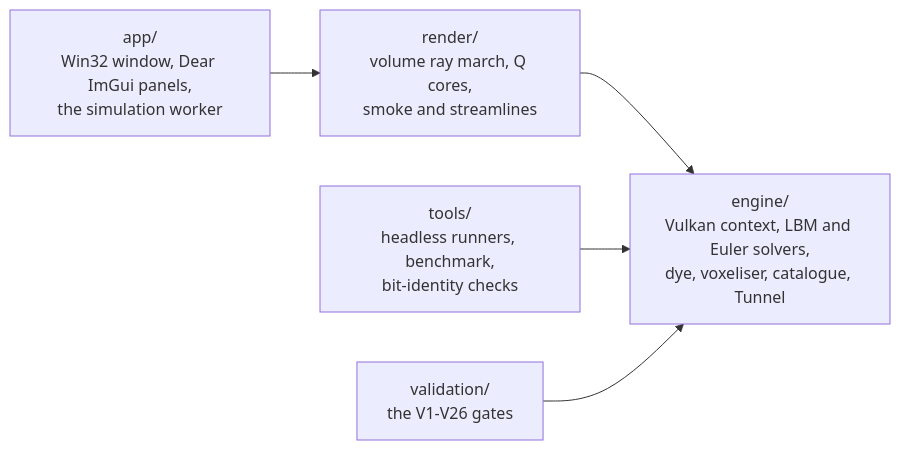
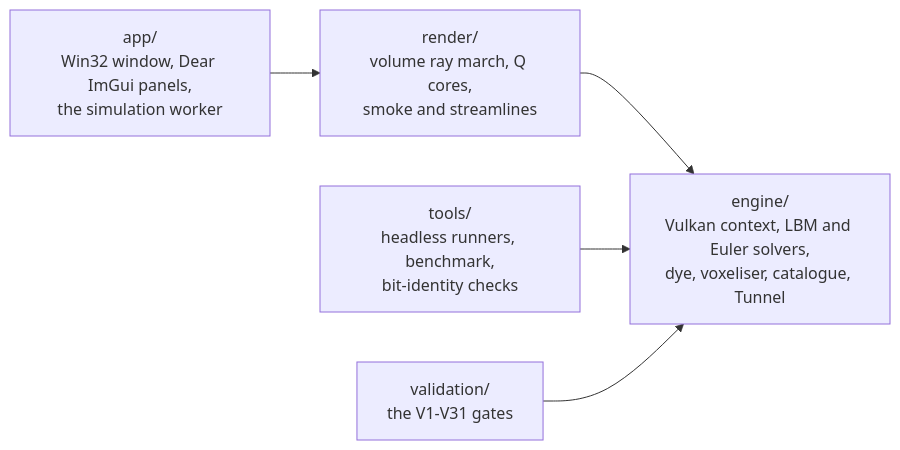
The first of 3 diagrams in docs/MODEL.md (samandkemp/wind-oa), drawn with Mermaid before and after one commit. The commit also changed other lines of this file and 66 other files, not shown here.

````diff
--- a/docs/MODEL.md
+++ b/docs/MODEL.md
@@ -35,8 +35,8 @@
 ```mermaid
 flowchart LR
     app["app/<br/>Win32 window, Dear ImGui panels,<br/>the simulation worker"] --> render
     render["render/<br/>volume ray march, Q cores,<br/>smoke and streamlines"] --> engine
     tools["tools/<br/>headless runners, benchmark,<br/>bit-identity checks"] --> engine
-    validation["validation/<br/>the V1-V26 gates"] --> engine
+    validation["validation/<br/>the V1-V31 gates"] --> engine
     engine["engine/<br/>Vulkan context, LBM and Euler solvers,<br/>dye, voxeliser, catalogue, Tunnel"]
 ```
````
